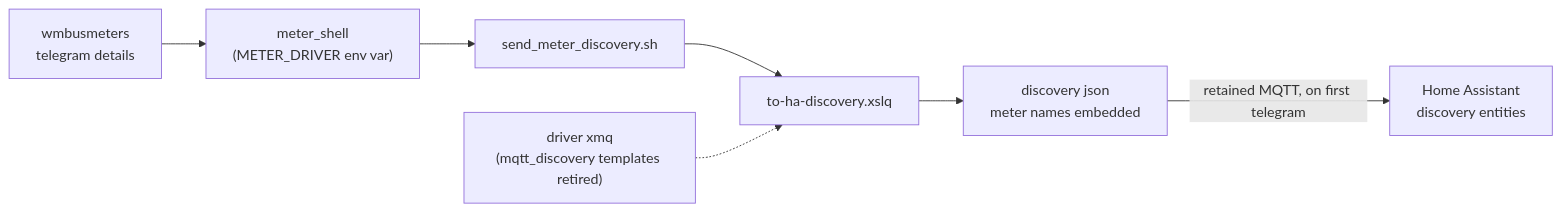
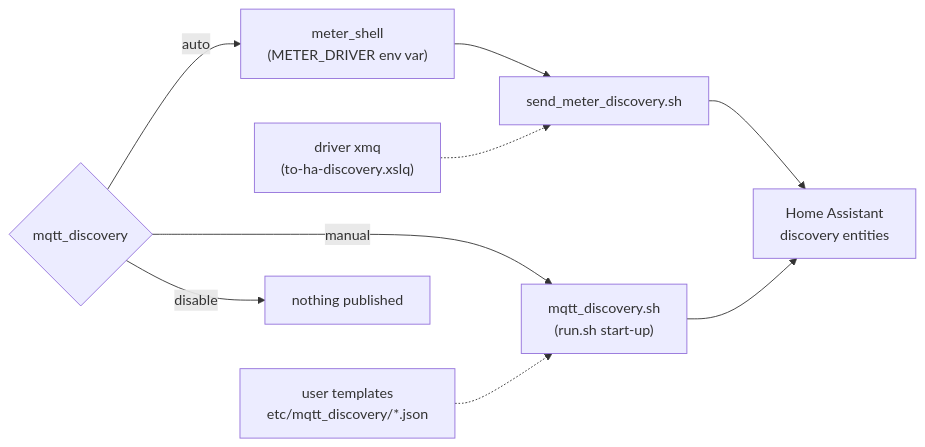
Before and after one commit to wmbusmeters/wmbusmeters-ha-addon: the diagram in docs/architecture/discovery-pipeline.md, drawn with Mermaid. The commit also changed other lines of this file and 28 other files, not shown here.

````diff
--- a/docs/architecture/discovery-pipeline.md
+++ b/docs/architecture/discovery-pipeline.md
@@ -5,9 +6,12 @@
 ```mermaid
 flowchart LR
-    T["wmbusmeters<br/>telegram details"] --> MS["meter_shell<br/>(METER_DRIVER env var)"]
+    M{"mqtt_discovery"}
+    M -- "auto" --> MS["meter_shell<br/>(METER_DRIVER env var)"]
     MS --> SH["send_meter_discovery.sh"]
-    SH --> X["to-ha-discovery.xslq"]
-    X --> J["discovery json<br/>meter names embedded"]
-    J -- "retained MQTT, on first telegram" --> HA["Home Assistant<br/>discovery entities"]
-    D["driver xmq<br/>(mqtt_discovery templates retired)"] -.-> X
+    M -- "manual" --> MD["mqtt_discovery.sh<br/>(run.sh start-up)"]
+    T["driver xmq<br/>(to-ha-discovery.xslq)"] -.-> SH
+    U["user templates<br/>etc/mqtt_discovery/*.json"] -.-> MD
+    SH --> HA["Home Assistant<br/>discovery entities"]
+    MD --> HA
+    M -- "disable" --> N["nothing published"]
 ```
````
